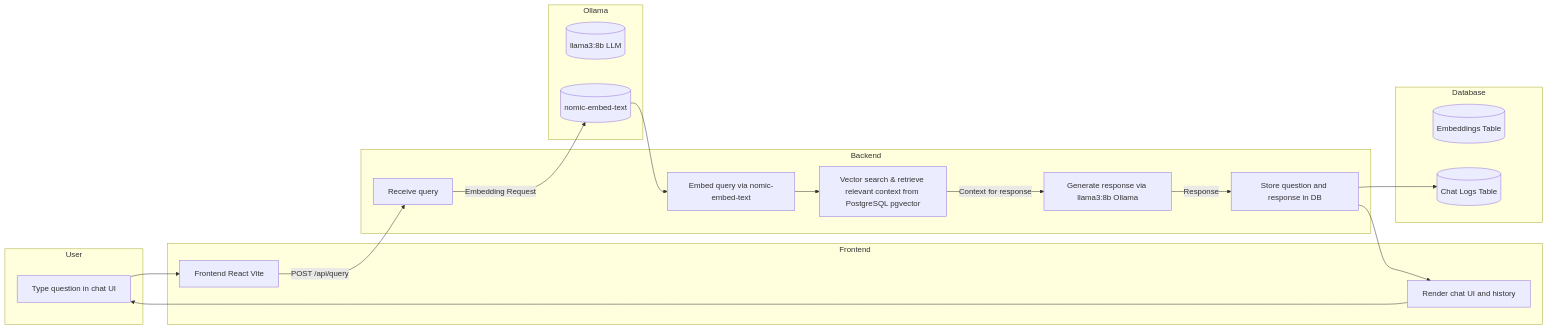
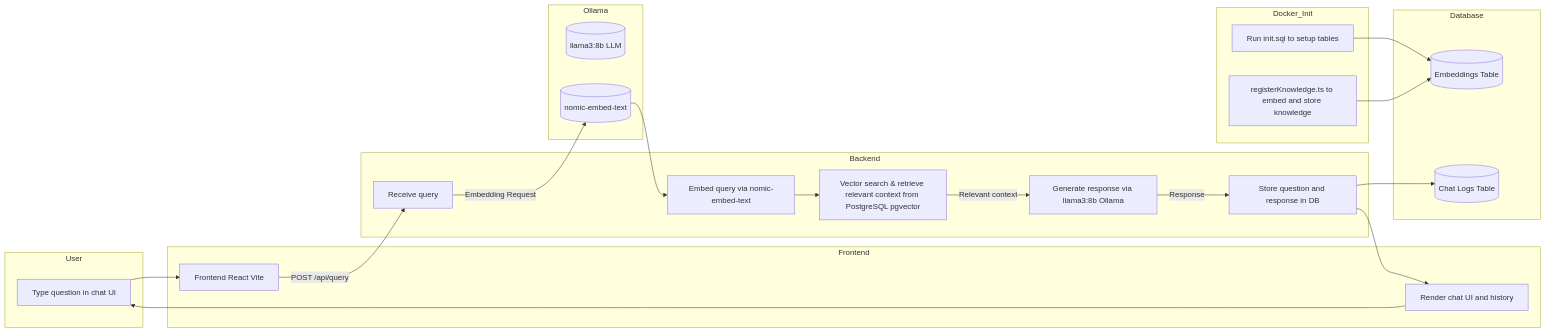
Before and after one commit to miwgu/Chat-with-AI-Using-RAG: the diagram in README.md, drawn with Mermaid.

````diff
--- a/README.md
+++ b/README.md
@@ -52,48 +52,57 @@
 ```mermaid
 flowchart LR
     %% User
     subgraph User
         A1[Type question in chat UI]
     end
 
     %% Frontend
     subgraph Frontend
         A2[Frontend React Vite]
         A3[Render chat UI and history]
     end
 
     %% Backend
     subgraph Backend
         B1[Receive query]
         B2[Embed query via nomic-embed-text]
         B3[Vector search & retrieve relevant context from PostgreSQL pgvector]
         B4[Generate response via llama3:8b Ollama]
         B5[Store question and response in DB]
     end
 
     %% Database
     subgraph Database
         D1[(Embeddings Table)]
         D2[(Chat Logs Table)]
     end
 
     %% Ollama
     subgraph Ollama
         O1[(llama3:8b LLM)]
         O2[(nomic-embed-text)]
     end
 
+    %% Docker initialization
+    subgraph Docker_Init
+        X1[Run init.sql to setup tables]
+        X2[registerKnowledge.ts to embed and store knowledge]
+    end
+
     %% Connections
     A1 --> A2
     A2 -->|POST /api/query| B1
     B1 -->|Embedding Request| O2
     O2 --> B2
     B2 --> B3
-    B3 -->|Context for response| B4
+    B3 -->|Relevant context| B4
     B4 -->|Response| B5
     B5 --> D2
     B5 --> A3
     A3 --> A1
 
+    %% Init connections
+    X1 --> D1
+    X2 --> D1
 
 ```
````
